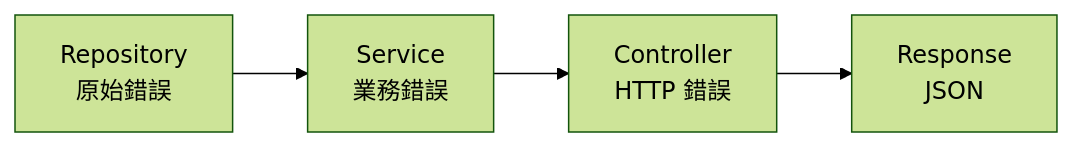
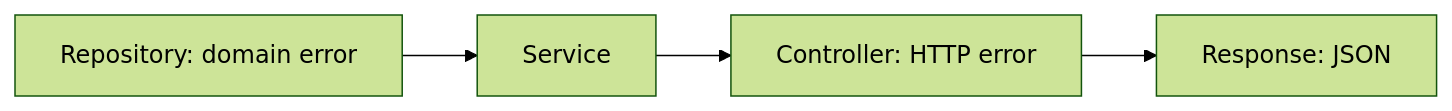
The diagram in docs/zh-Hant/learn/tutorial/7-error-handling.md (NARUBROWN/spine-site), drawn with Mermaid (forest theme) before and after one commit. The commit also changed other lines of this file and 118 other files, not shown here.

````diff
--- a/docs/zh-Hant/learn/tutorial/7-error-handling.md
+++ b/docs/zh-Hant/learn/tutorial/7-error-handling.md
@@ -150,6 +108,6 @@
 ```mermaid
 flowchart LR
-    A[Repository<br/>原始錯誤] --> B[Service<br/>業務錯誤]
-    B --> C[Controller<br/>HTTP 錯誤]
-    C --> D[Response<br/>JSON]
+    Repository["Repository: domain error"] --> Service["Service"]
+    Service --> Controller["Controller: HTTP error"]
+    Controller --> Response["Response: JSON"]
 ```
````
